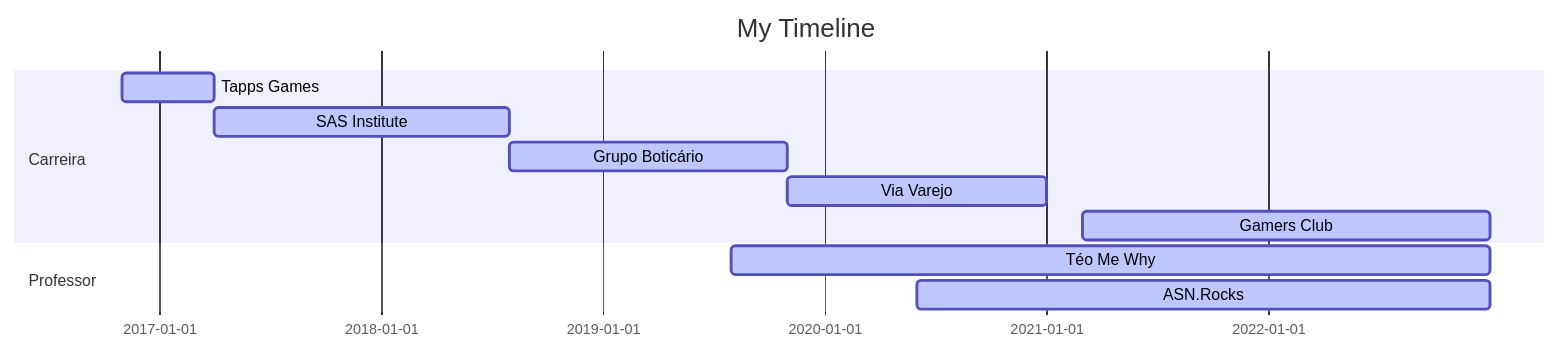
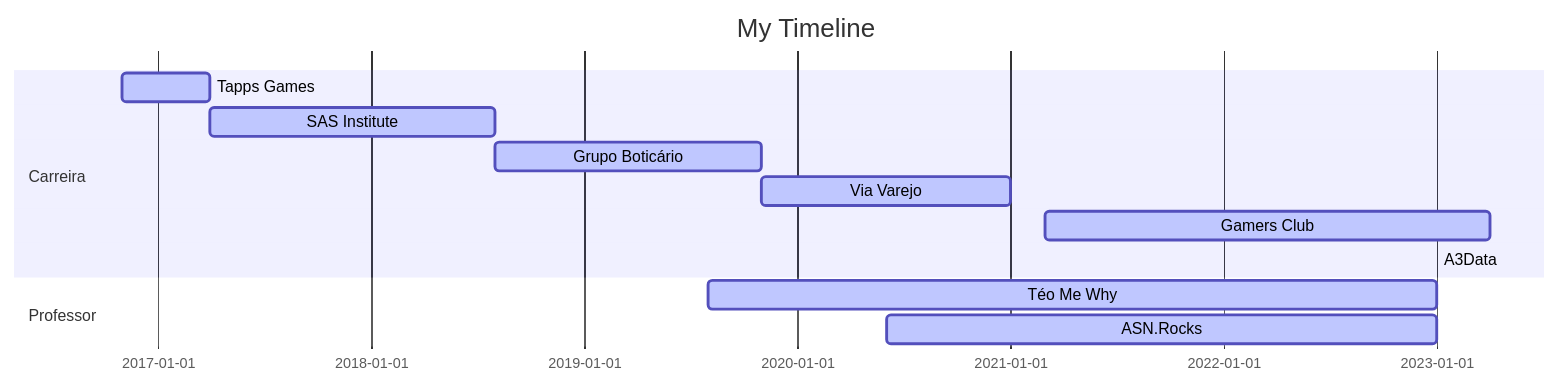
One commit to TeoCalvo/TeoCalvo changed the diagram in README.md. Above: the diagram before and after it, drawn with Mermaid. The commit also changed other lines of this file, not shown here.

````diff
--- a/README.md
+++ b/README.md
@@ -6,17 +6,18 @@
 ```mermaid
 
 gantt
 dateFormat  YYYY-MM-DD
 title My Timeline
 
 section Carreira
 Tapps Games           :active,, 2016-11-01,2017-04-01
 SAS Institute         :active,, 2017-04-01,2018-08-01
 Grupo Boticário       :active,, 2018-08-01,2019-11-01
 Via Varejo            :active,, 2019-11-01,2021-01-01
-Gamers Club           :active,, 2021-03-01,2022-12-31
+Gamers Club           :active,, 2021-03-01,2023-04-01
+A3Data                :active,, 2023-05-01,2022-12-31
 
 section Professor
 Téo Me Why            :active,, 2019-08-01,2022-12-31
 ASN.Rocks             :active,, 2020-06-01,2022-12-31
 ```
````
